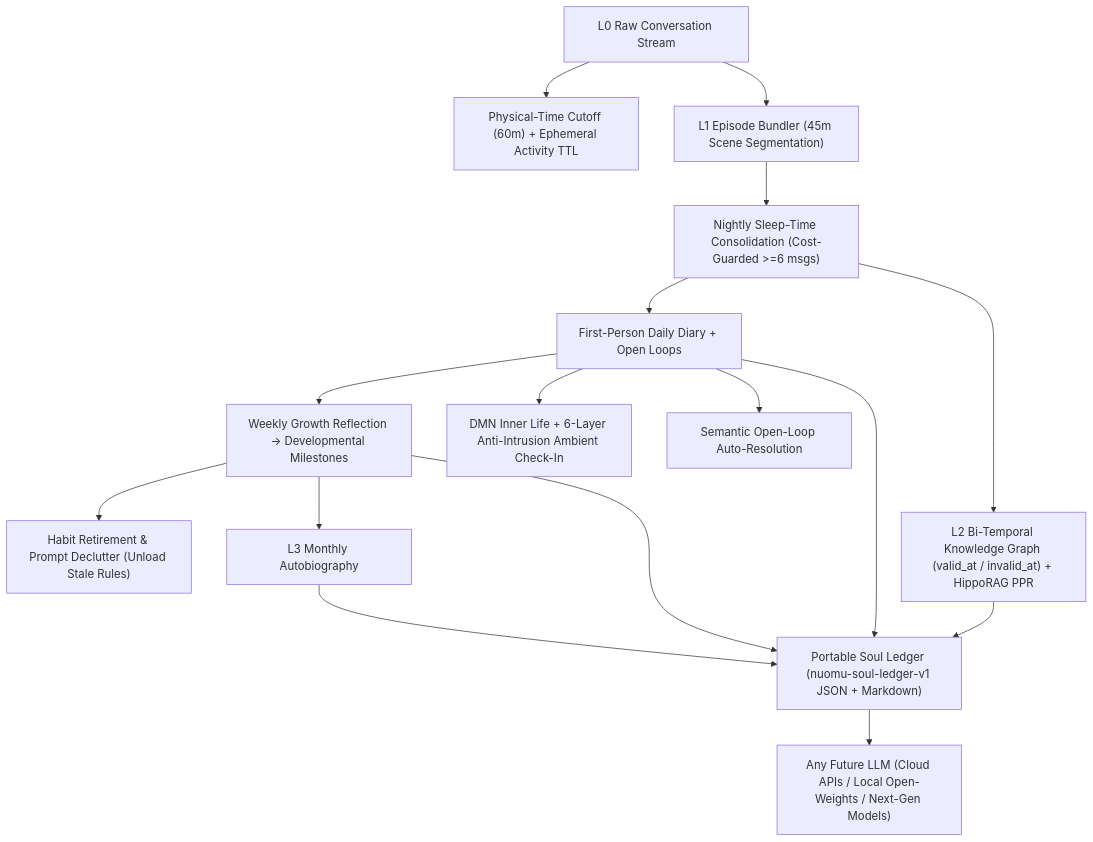
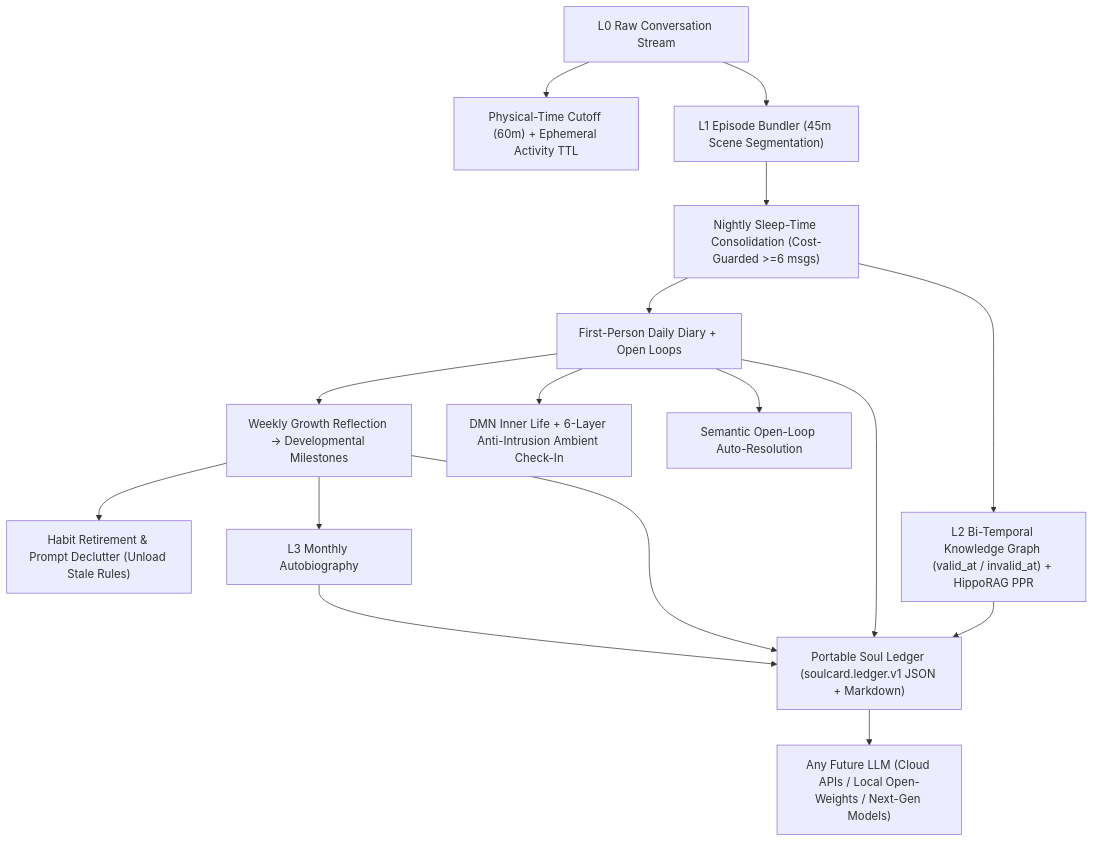
The diagram in README.md (Booommmbom/SoulCard), drawn with Mermaid before and after one commit. The commit also changed other lines of this file and 39 other files, not shown here.

````diff
--- a/README.md
+++ b/README.md
@@ -30,15 +30,15 @@
 ```mermaid
 flowchart TD
     Raw["L0 Raw Conversation Stream"] --> Gap["Physical-Time Cutoff (60m) + Ephemeral Activity TTL"]
     Raw --> Bundle["L1 Episode Bundler (45m Scene Segmentation)"]
     Bundle --> Sleep["Nightly Sleep-Time Consolidation (Cost-Guarded >=6 msgs)"]
     Sleep --> Diary["First-Person Daily Diary + Open Loops"]
     Sleep --> Graph["L2 Bi-Temporal Knowledge Graph (valid_at / invalid_at) + HippoRAG PPR"]
     Diary --> Weekly["Weekly Growth Reflection -> Developmental Milestones"]
     Weekly --> Retire["Habit Retirement & Prompt Declutter (Unload Stale Rules)"]
     Weekly --> Monthly["L3 Monthly Autobiography"]
     Diary --> Ambient["DMN Inner Life + 6-Layer Anti-Intrusion Ambient Check-In"]
     Diary --> Resolve["Semantic Open-Loop Auto-Resolution"]
-    Graph & Diary & Weekly & Monthly --> Ledger["Portable Soul Ledger (nuomu-soul-ledger-v1 JSON + Markdown)"]
+    Graph & Diary & Weekly & Monthly --> Ledger["Portable Soul Ledger (soulcard.ledger.v1 JSON + Markdown)"]
     Ledger --> AnyModel["Any Future LLM (Cloud APIs / Local Open-Weights / Next-Gen Models)"]
 ```
````
